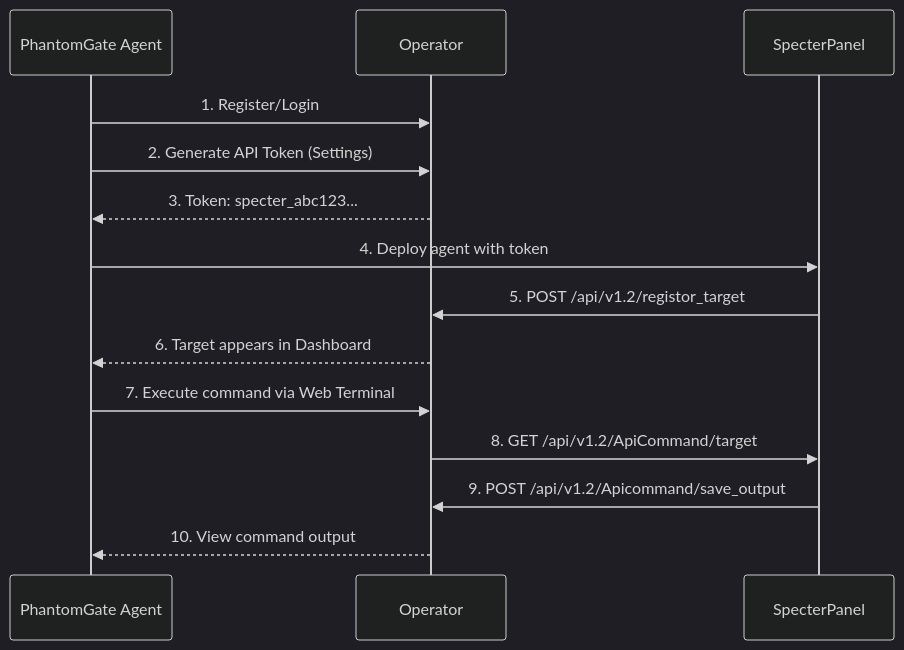
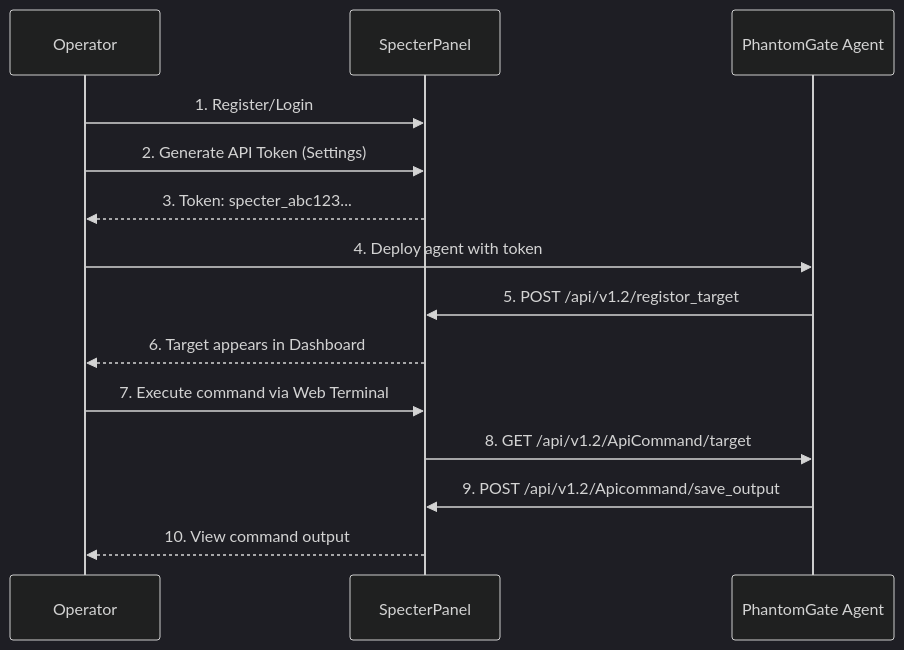
Before and after one commit to omerKkemal/oh-tool-v2: the second of 2 diagrams in README.md, drawn with Mermaid (dark theme).

````diff
--- a/README.md
+++ b/README.md
@@ -296,14 +296,14 @@
 ```mermaid
 sequenceDiagram
     
-    PhantomGate Agent ->> Operator: 1. Register/Login
-    PhantomGate Agent ->> Operator: 2. Generate API Token (Settings)
-    Operator -->> PhantomGate Agent: 3. Token: specter_abc123...
-    PhantomGate Agent ->>SpecterPanel: 4. Deploy agent with token
-    SpecterPanel->> Operator: 5. POST /api/v1.2/registor_target
-    Operator -->> PhantomGate Agent: 6. Target appears in Dashboard
-    PhantomGate Agent ->> Operator: 7. Execute command via Web Terminal
-    Operator ->>SpecterPanel: 8. GET /api/v1.2/ApiCommand/target
-    SpecterPanel->>Operator : 9. POST /api/v1.2/Apicommand/save_output
-    Operator -->> PhantomGate Agent: 10. View command output
+    Operator ->> SpecterPanel: 1. Register/Login
+    Operator ->> SpecterPanel: 2. Generate API Token (Settings)
+    SpecterPanel -->> Operator: 3. Token: specter_abc123...
+    Operator ->> PhantomGate Agent: 4. Deploy agent with token
+    PhantomGate Agent ->> SpecterPanel: 5. POST /api/v1.2/registor_target
+    SpecterPanel -->> Operator: 6. Target appears in Dashboard
+    Operator ->> SpecterPanel: 7. Execute command via Web Terminal
+    SpecterPanel ->> PhantomGate Agent: 8. GET /api/v1.2/ApiCommand/target
+    PhantomGate Agent ->> SpecterPanel: 9. POST /api/v1.2/Apicommand/save_output
+    SpecterPanel -->> Operator: 10. View command output
 ```
````
